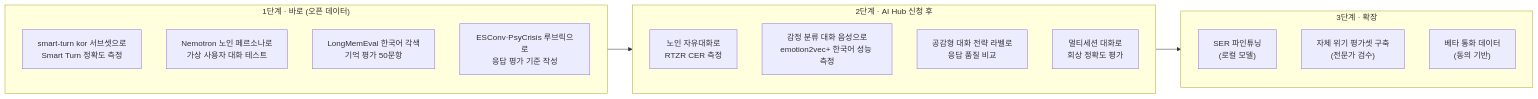
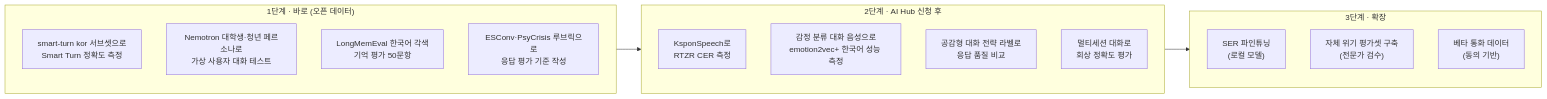
Before and after one commit to JaeHong-Jang/Hanbeot: the third of 3 diagrams in research_notes/데이터셋 조사/hanbeot_datasets.md, drawn with Mermaid. The commit also changed other lines of this file and 17 other files, not shown here.

````diff
--- a/research_notes/데이터셋 조사/hanbeot_datasets.md
+++ b/research_notes/데이터셋 조사/hanbeot_datasets.md
@@ -307,21 +298,21 @@
 ```mermaid
 flowchart LR
   subgraph S1["1단계 · 바로 (오픈 데이터)"]
     A1["smart-turn kor 서브셋으로<br/>Smart Turn 정확도 측정"]
-    A2["Nemotron 노인 페르소나로<br/>가상 사용자 대화 테스트"]
+    A2["Nemotron 대학생·청년 페르소나로<br/>가상 사용자 대화 테스트"]
     A3["LongMemEval 한국어 각색<br/>기억 평가 50문항"]
     A4["ESConv·PsyCrisis 루브릭으로<br/>응답 평가 기준 작성"]
   end
   subgraph S2["2단계 · AI Hub 신청 후"]
-    B1["노인 자유대화로<br/>RTZR CER 측정"]
+    B1["KsponSpeech로<br/>RTZR CER 측정"]
     B2["감정 분류 대화 음성으로<br/>emotion2vec+ 한국어 성능 측정"]
     B3["공감형 대화 전략 라벨로<br/>응답 품질 비교"]
     B4["멀티세션 대화로<br/>회상 정확도 평가"]
   end
   subgraph S3["3단계 · 확장"]
     C1["SER 파인튜닝<br/>(로컬 모델)"]
     C2["자체 위기 평가셋 구축<br/>(전문가 검수)"]
     C3["베타 통화 데이터<br/>(동의 기반)"]
   end
   S1 --> S2 --> S3
 ```
````
